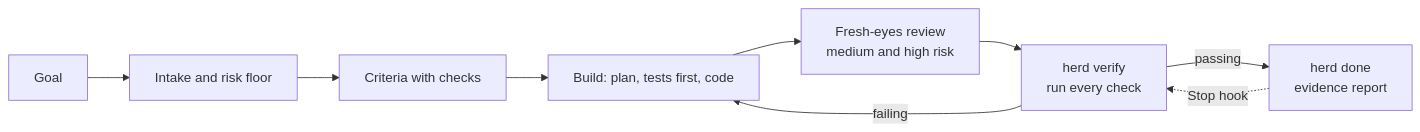
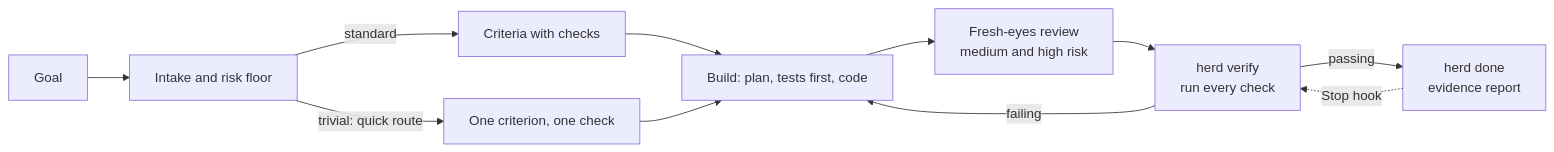
Before and after one commit to Beovulfo/herd-sdlc: the diagram in README.md, drawn with Mermaid. The commit also changed other lines of this file and 2 other files, not shown here.

````diff
--- a/README.md
+++ b/README.md
@@ -21,11 +21,13 @@
 ```mermaid
 flowchart LR
     A[Goal] --> B[Intake and risk floor]
-    B --> C[Criteria with checks]
+    B -->|standard| C[Criteria with checks]
+    B -->|trivial: quick route| Q[One criterion, one check]
     C --> D[Build: plan, tests first, code]
+    Q --> D
     D --> E[Fresh-eyes review<br/>medium and high risk]
     E --> F[herd verify<br/>run every check]
     F -->|failing| D
     F -->|passing| G[herd done<br/>evidence report]
     G -.->|Stop hook| F
 ```
````
